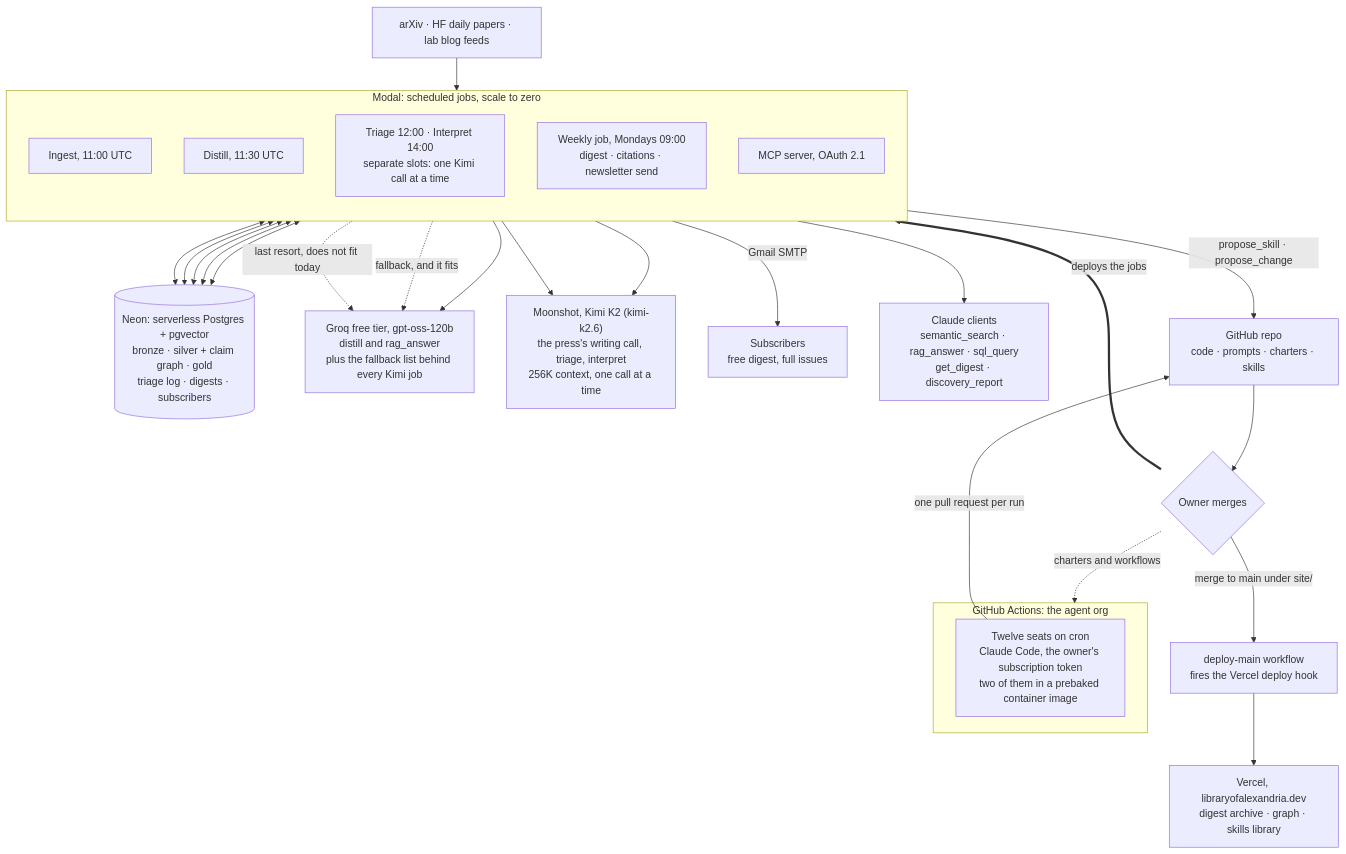
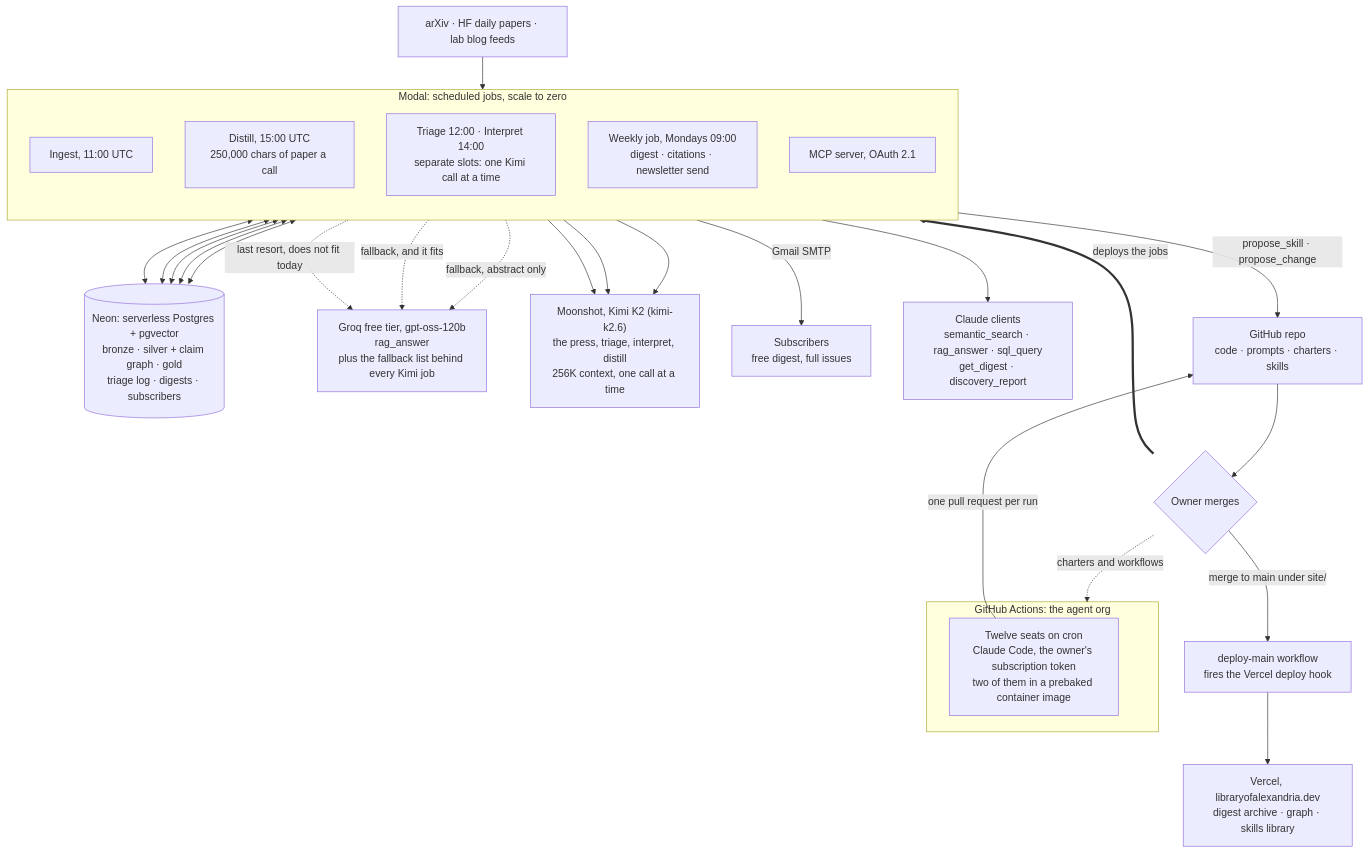
One commit to alexandrapaiz/alexandria changed the second of 2 diagrams in README.md. Above: the diagram before and after it, drawn with Mermaid. The commit also changed other lines of this file and 3 other files, not shown here.

Commit message:
README, stack and diagrams follow the schedule and the provider

````diff
--- a/README.md
+++ b/README.md
@@ -153,41 +153,42 @@
 ```mermaid
 flowchart TB
     FEEDS["arXiv · HF daily papers · lab blog feeds"]
     NEON[("Neon: serverless Postgres + pgvector<br/>bronze · silver + claim graph · gold<br/>triage log · digests · subscribers")]
-    GROQ["Groq free tier, gpt-oss-120b<br/>distill and rag_answer<br/>plus the fallback list behind every Kimi job"]
-    KIMI["Moonshot, Kimi K2 (kimi-k2.6)<br/>the press's writing call, triage, interpret<br/>256K context, one call at a time"]
+    GROQ["Groq free tier, gpt-oss-120b<br/>rag_answer<br/>plus the fallback list behind every Kimi job"]
+    KIMI["Moonshot, Kimi K2 (kimi-k2.6)<br/>the press, triage, interpret, distill<br/>256K context, one call at a time"]
 
     subgraph MODAL["Modal: scheduled jobs, scale to zero"]
         direction TB
         INGEST["Ingest, 11:00 UTC"]
-        DISTILL["Distill, 11:30 UTC"]
+        DISTILL["Distill, 15:00 UTC<br/>250,000 chars of paper a call"]
         DAILY["Triage 12:00 · Interpret 14:00<br/>separate slots: one Kimi call at a time"]
         WK2["Weekly job, Mondays 09:00<br/>digest · citations · newsletter send"]
         MCP2["MCP server, OAuth 2.1"]
     end
 
     subgraph GHA["GitHub Actions: the agent org"]
         SEATS["Twelve seats on cron<br/>Claude Code, the owner's subscription token<br/>two of them in a prebaked container image"]
     end
 
     FEEDS --> INGEST
     INGEST <--> NEON
     DISTILL <--> NEON
     DAILY <--> NEON
     WK2 <--> NEON
     MCP2 <--> NEON
-    DISTILL --> GROQ
+    DISTILL --> KIMI
+    DISTILL -.->|"fallback, abstract only"| GROQ
     DAILY --> KIMI
     DAILY -.->|"fallback, and it fits"| GROQ
     WK2 --> KIMI
     WK2 -.->|"last resort, does not fit today"| GROQ
     WK2 -->|"Gmail SMTP"| SUBS["Subscribers<br/>free digest, full issues"]
     MCP2 --> CLIENTS["Claude clients<br/>semantic_search · rag_answer · sql_query<br/>get_digest · discovery_report"]
     MCP2 -->|"propose_skill · propose_change"| GH
     SEATS -->|"one pull request per run"| GH["GitHub repo<br/>code · prompts · charters · skills"]
     GH --> OWNER{"Owner merges"}
     OWNER ==>|"deploys the jobs"| MODAL
     OWNER -->|"merge to main under site/"| HOOK["deploy-main workflow<br/>fires the Vercel deploy hook"]
     HOOK --> SITE["Vercel, libraryofalexandria.dev<br/>digest archive · graph · skills library"]
     OWNER -.->|"charters and workflows"| GHA
 ```
````
